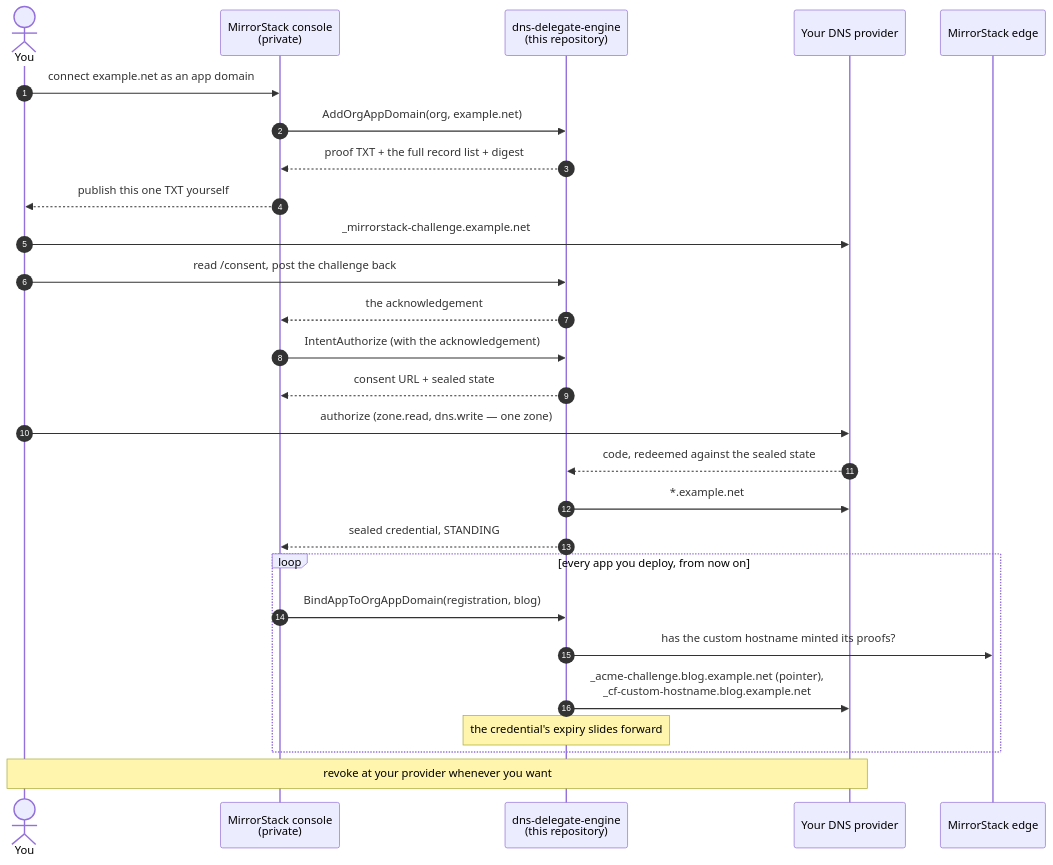
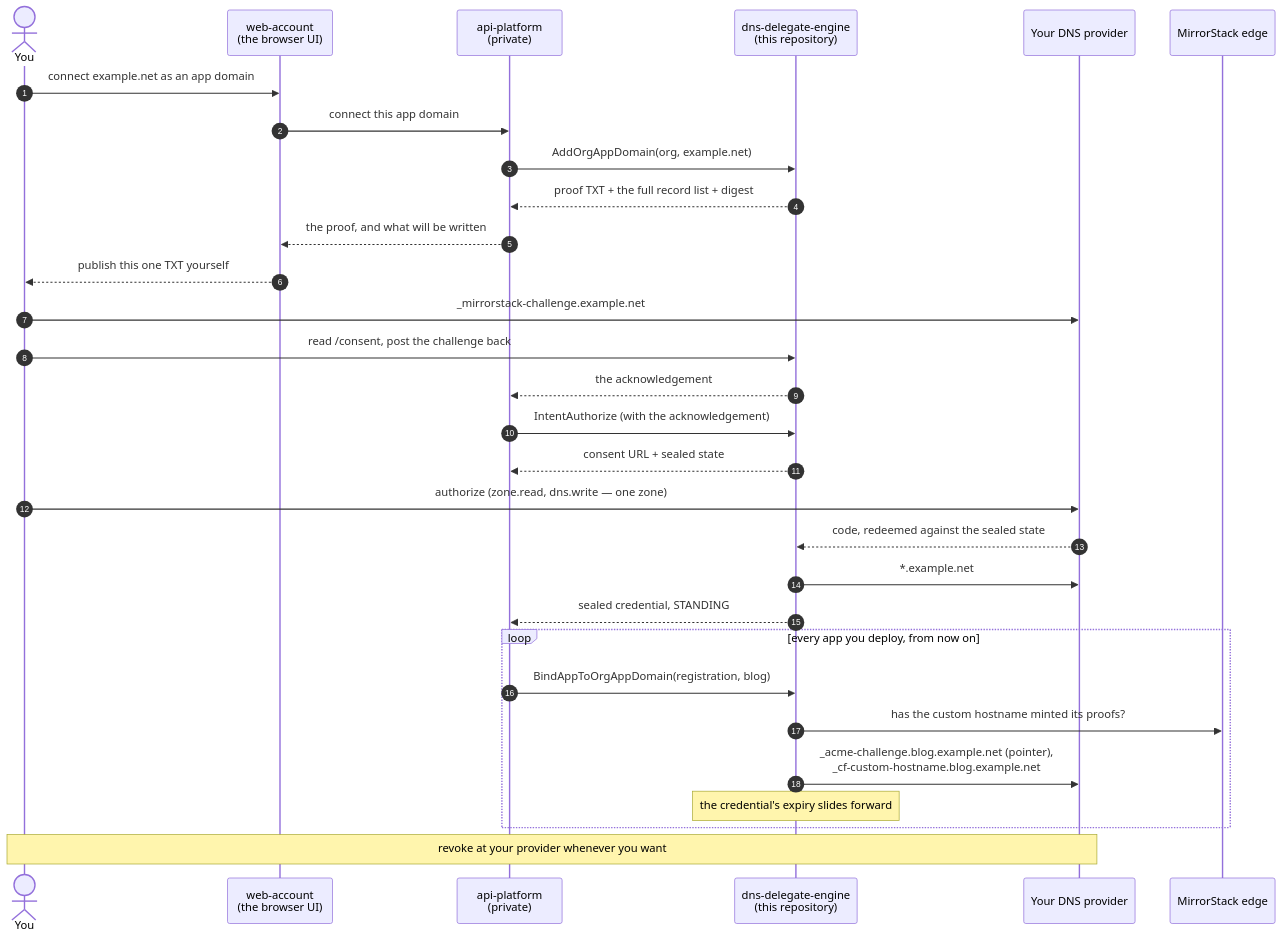
Before and after one commit to mirrorstack-ai/dns-delegate-engine: the second of 4 diagrams in README.md, drawn with Mermaid. The commit also changed other lines of this file, not shown here.

First line of the commit message:
docs: name the two halves the console actually is

````diff
--- a/README.md
+++ b/README.md
@@ -300,34 +304,37 @@
 ```mermaid
 sequenceDiagram
     autonumber
     actor You
-    participant Console as MirrorStack console<br/>(private)
+    participant Web as web-account<br/>(the browser UI)
+    participant API as api-platform<br/>(private)
     participant Engine as dns-delegate-engine<br/>(this repository)
     participant CF as Your DNS provider
     participant Edge as MirrorStack edge
 
-    You->>Console: connect example.net as an app domain
-    Console->>Engine: AddOrgAppDomain(org, example.net)
-    Engine-->>Console: proof TXT + the full record list + digest
-    Console-->>You: publish this one TXT yourself
+    You->>Web: connect example.net as an app domain
+    Web->>API: connect this app domain
+    API->>Engine: AddOrgAppDomain(org, example.net)
+    Engine-->>API: proof TXT + the full record list + digest
+    API-->>Web: the proof, and what will be written
+    Web-->>You: publish this one TXT yourself
 
     You->>CF: _mirrorstack-challenge.example.net
     You->>Engine: read /consent, post the challenge back
-    Engine-->>Console: the acknowledgement
-    Console->>Engine: IntentAuthorize (with the acknowledgement)
-    Engine-->>Console: consent URL + sealed state
+    Engine-->>API: the acknowledgement
+    API->>Engine: IntentAuthorize (with the acknowledgement)
+    Engine-->>API: consent URL + sealed state
 
     You->>CF: authorize (zone.read, dns.write — one zone)
     CF-->>Engine: code, redeemed against the sealed state
     Engine->>CF: *.example.net
-    Engine-->>Console: sealed credential, STANDING
+    Engine-->>API: sealed credential, STANDING
 
     loop every app you deploy, from now on
-        Console->>Engine: BindAppToOrgAppDomain(registration, blog)
+        API->>Engine: BindAppToOrgAppDomain(registration, blog)
         Engine->>Edge: has the custom hostname minted its proofs?
         Engine->>CF: _acme-challenge.blog.example.net (pointer),<br/>_cf-custom-hostname.blog.example.net
         Note over Engine: the credential's expiry slides forward
     end
 
     Note over You,CF: revoke at your provider whenever you want
 ```
````
